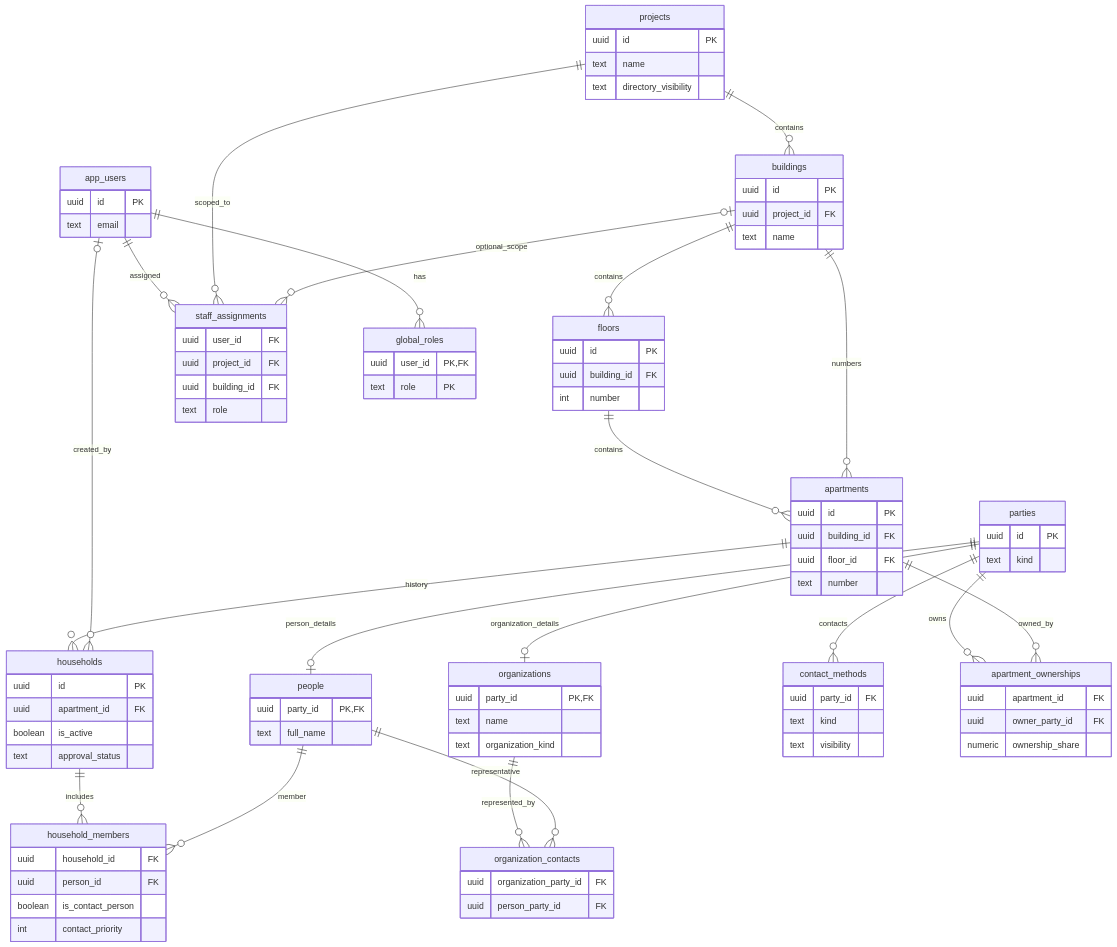
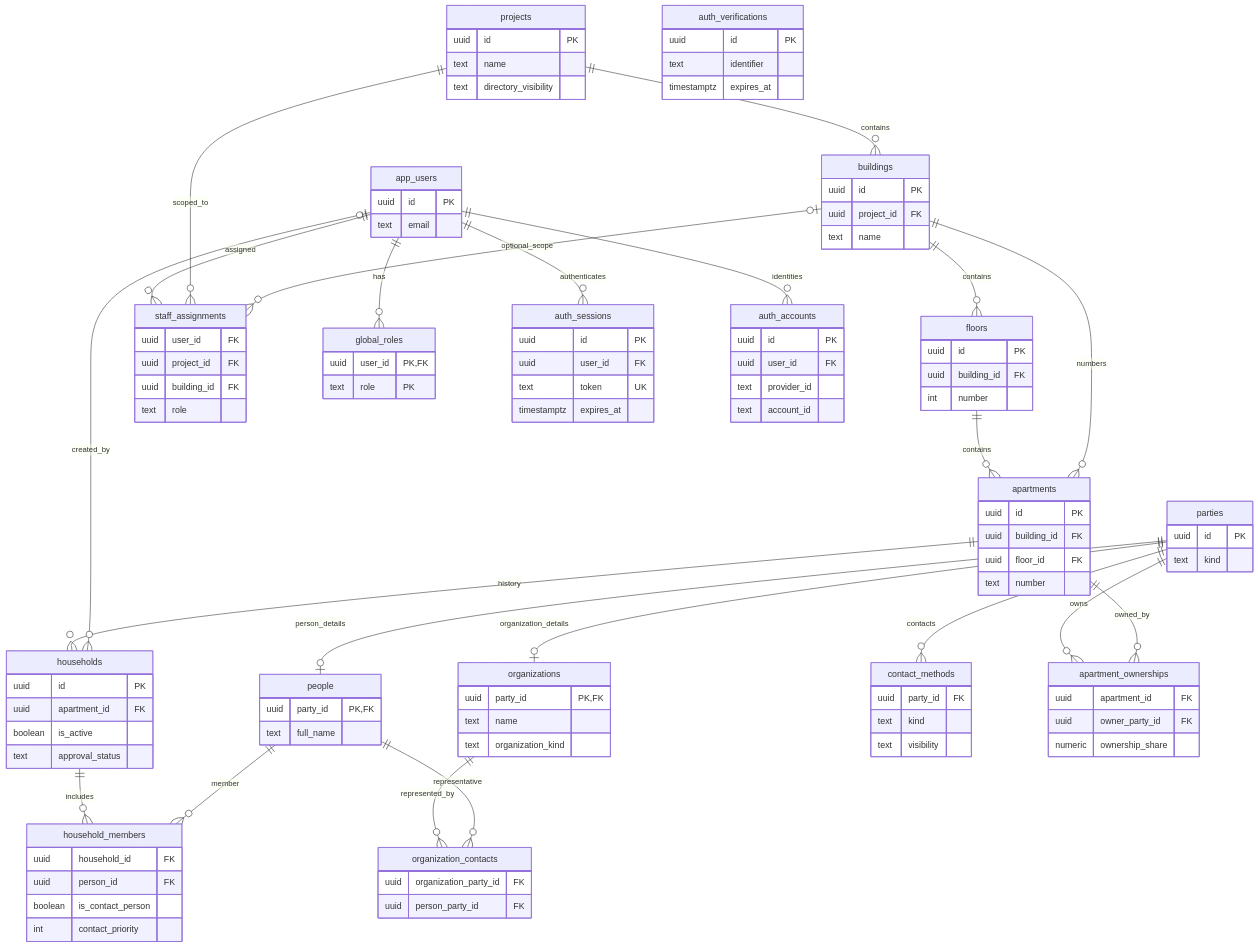
One commit to shlomoglik/neighborly-hub changed the diagram in README.md. Above: the diagram before and after it, drawn with Mermaid. The commit also changed other lines of this file and 33 other files, not shown here.

```diff
--- a/README.md
+++ b/README.md
@@ -101,6 +102,8 @@
     projects ||--o{ staff_assignments : scoped_to
     buildings |o--o{ staff_assignments : optional_scope
     app_users ||--o{ global_roles : has
+    app_users ||--o{ auth_sessions : authenticates
+    app_users ||--o{ auth_accounts : identities
 
     projects {
       uuid id PK
@@ -166,6 +169,23 @@
       uuid id PK
       text email
     }
+    auth_sessions {
+      uuid id PK
+      uuid user_id FK
+      text token UK
+      timestamptz expires_at
+    }
+    auth_accounts {
+      uuid id PK
+      uuid user_id FK
+      text provider_id
+      text account_id
+    }
+    auth_verifications {
+      uuid id PK
+      text identifier
+      timestamptz expires_at
+    }
     staff_assignments {
       uuid user_id FK
       uuid project_id FK
```
